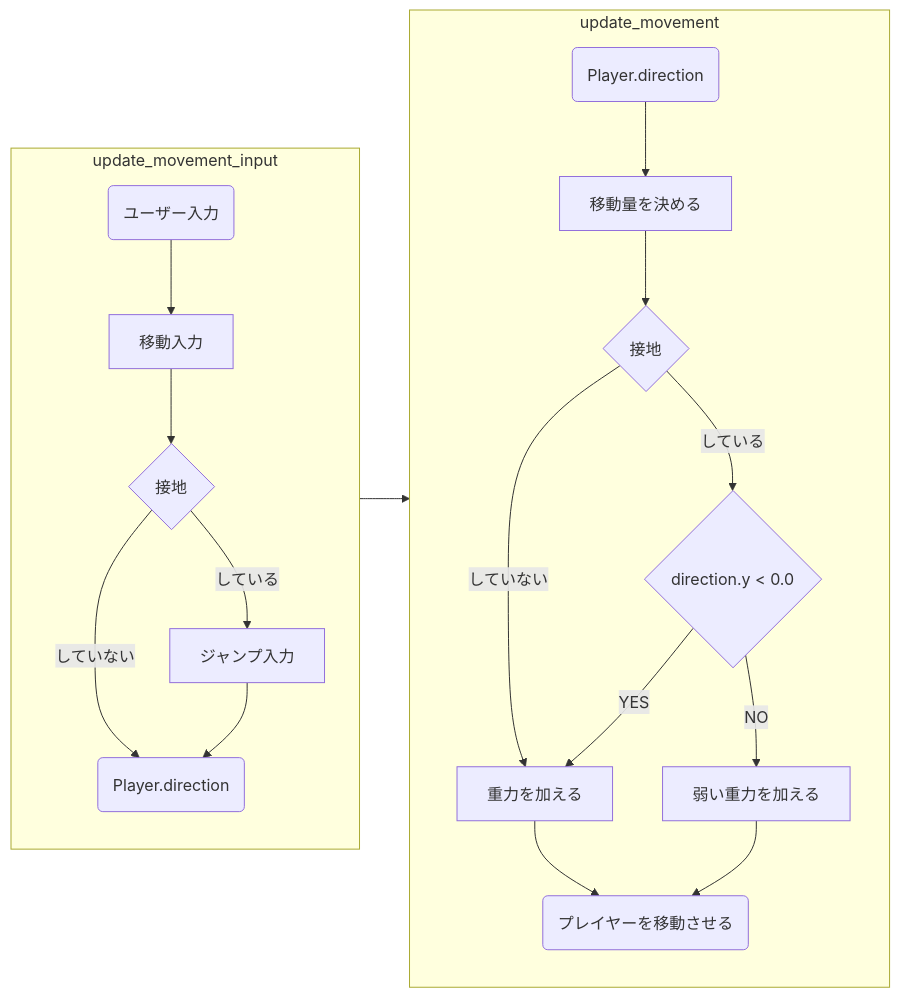
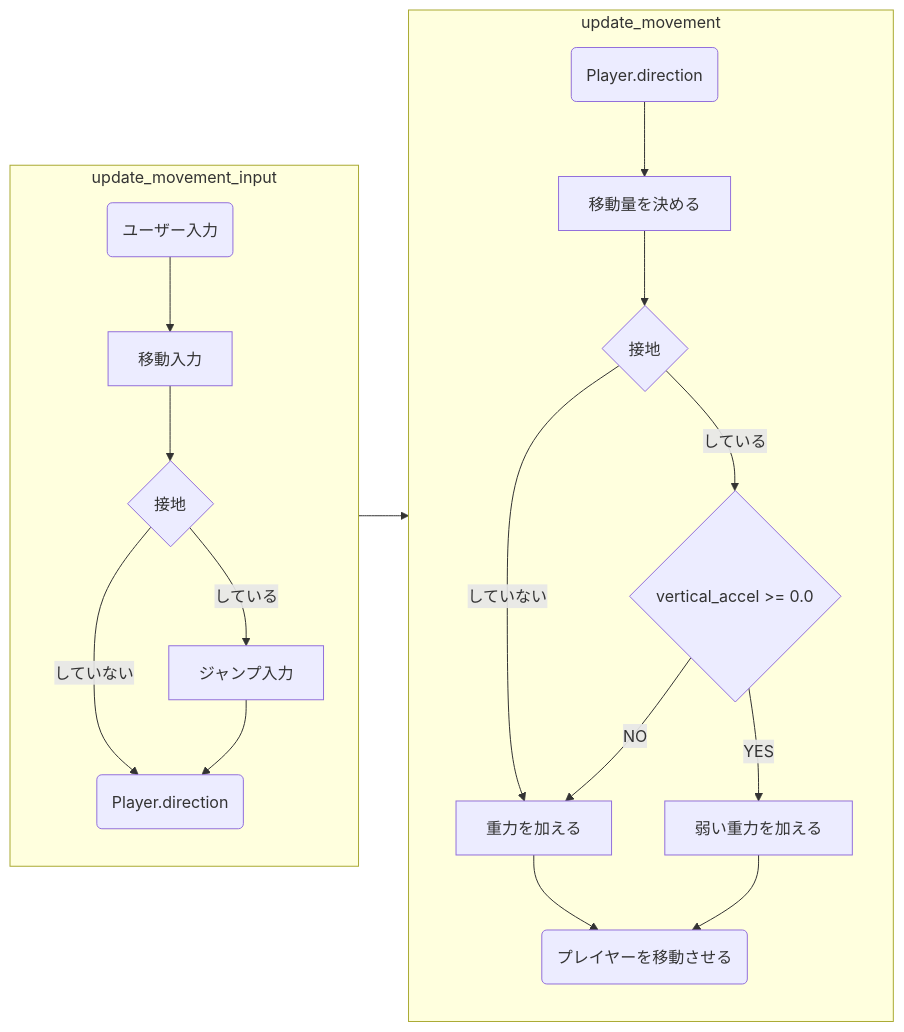
Before and after one commit to monax-owo/bevy_fps: the diagram in src/game/player/movement.md, drawn with Mermaid. The commit also changed 1 other file, not shown here.

````diff
--- a/src/game/player/movement.md
+++ b/src/game/player/movement.md
@@ -1,34 +1,34 @@
 ```mermaid
 %% 書き方が合ってるかわからない
 %% そもそもフローチャートが何なのか知らない
 
 graph LR
 subgraph S1["update_movement_input"]
   direction TB
   A1(ユーザー入力) --> A2
   A2[移動入力]--> A3
 
   A3{接地}
   A3 -->|していない| A5
   A3 -->|している| A4[ジャンプ入力]--> A5
 
   A5(Player.direction)
 end
 
 subgraph S2["update_movement"]
   direction TB
   B1(Player.direction) --> B2
   B2[移動量を決める] --> B3
 
   B3{接地}
   B3 -->|していない| B4[重力を加える] --> B6
   B3 -->|している| B7
-  B7{direction.y < 0.0}
-  B7 -->|YES| B4
-  B7 -->|NO| B5
+  B7{vertical_accel >= 0.0}
+  B7 -->|YES| B5
+  B7 -->|NO| B4
   B5[弱い重力を加える] --> B6
 
   B6(プレイヤーを移動させる)
 end
 S1 --> S2
 ```
````
